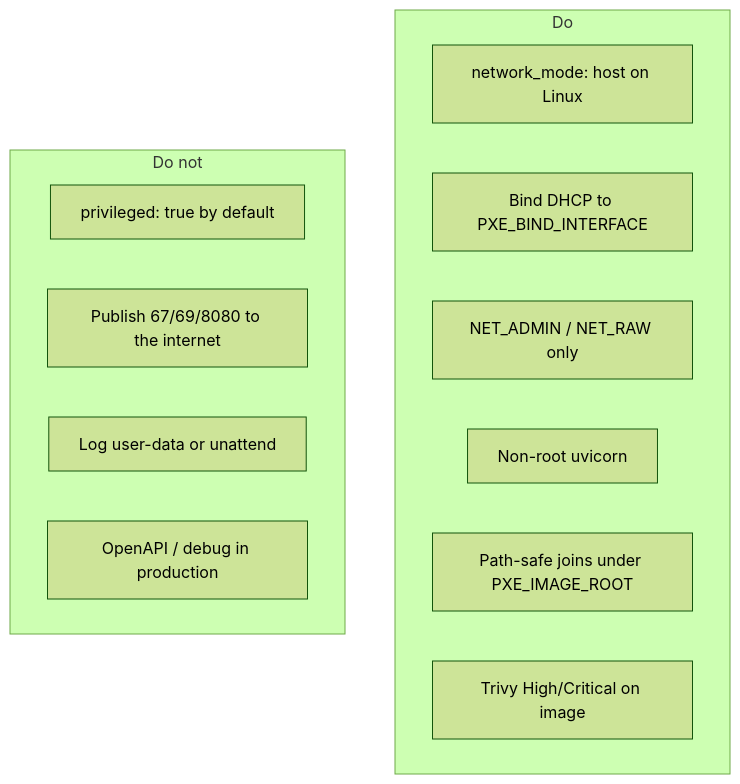
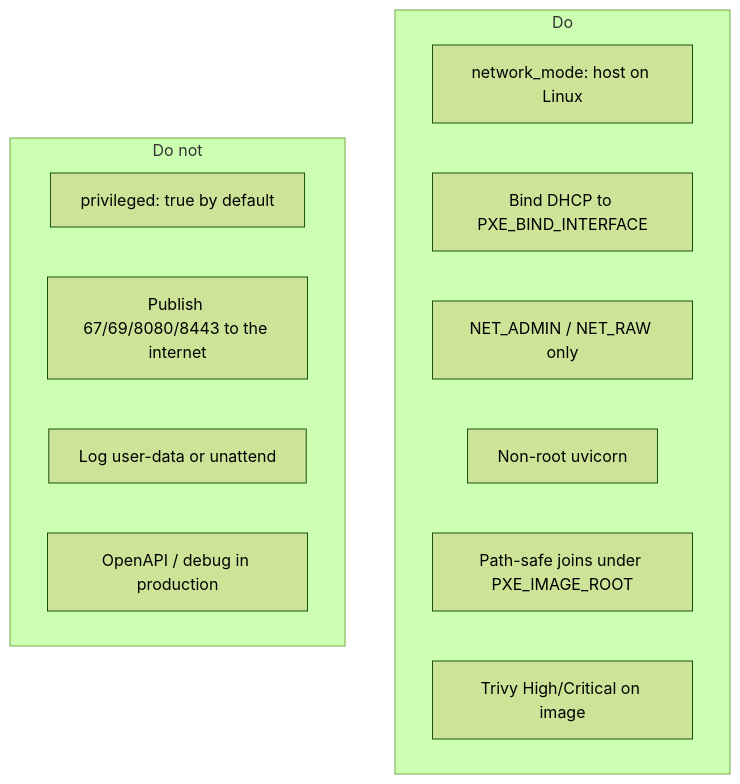
One commit to hometinker12/home-lab-pxe changed diagram 22 of 24 in ARCHITECTURE.md. Above: the diagram before and after it, drawn with Mermaid (forest theme). The commit also changed other lines of this file and 47 other files, not shown here.

````diff
--- a/ARCHITECTURE.md
+++ b/ARCHITECTURE.md
@@ -479,17 +492,17 @@
 ```mermaid
 flowchart TB
   subgraph yes["Do"]
     Y1["network_mode: host on Linux"]
     Y2["Bind DHCP to PXE_BIND_INTERFACE"]
     Y3["NET_ADMIN / NET_RAW only"]
     Y4["Non-root uvicorn"]
     Y5["Path-safe joins under PXE_IMAGE_ROOT"]
     Y6["Trivy High/Critical on image"]
   end
   subgraph no["Do not"]
     N1["privileged: true by default"]
-    N2["Publish 67/69/8080 to the internet"]
+    N2["Publish 67/69/8080/8443 to the internet"]
     N3["Log user-data or unattend"]
     N4["OpenAPI / debug in production"]
   end
 ```
````
